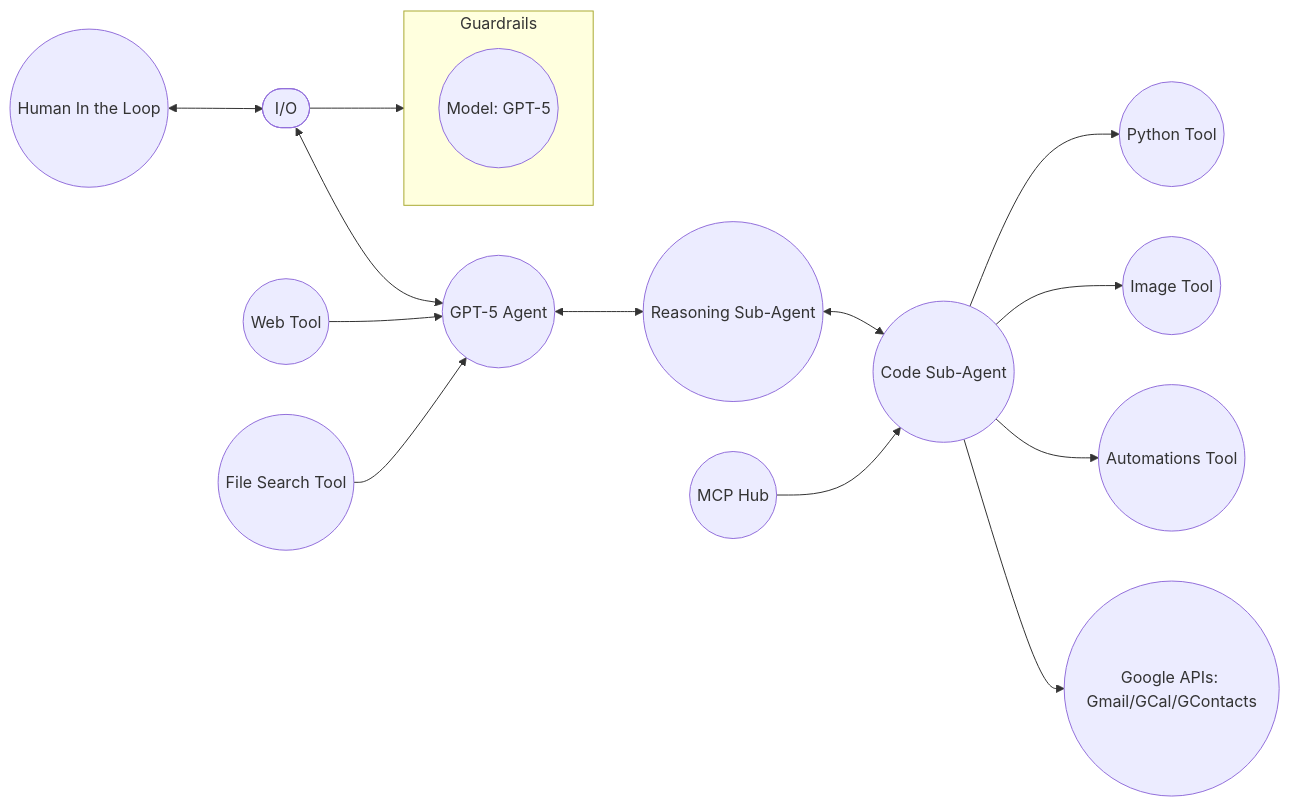
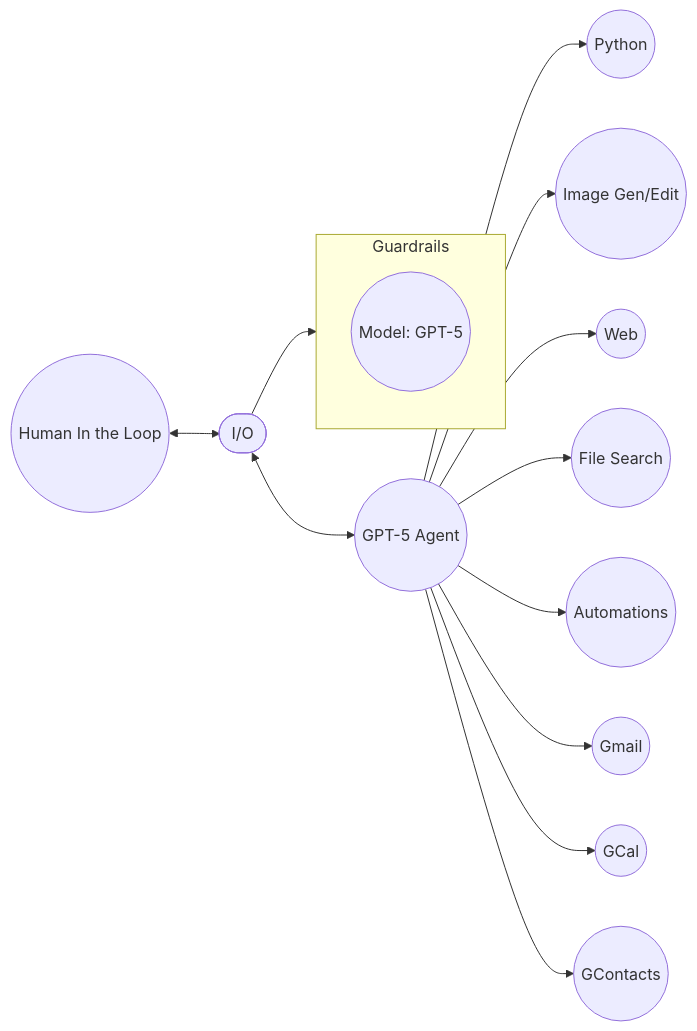
Before and after one commit to Danus365/redteam_playbook: the second of 2 diagrams in docs/ai-red-team-in-practice/modeling.md, drawn with Mermaid. The commit also changed other lines of this file, not shown here.

````diff
--- a/docs/ai-red-team-in-practice/modeling.md
+++ b/docs/ai-red-team-in-practice/modeling.md
@@ -177,40 +133,35 @@
 ```mermaid
 flowchart LR
+  %% Core nodes
   H((Human In the Loop))
   IO([I/O])
   A((GPT-5 Agent))
-  SA1((Reasoning Sub-Agent))
-  SA2((Code Sub-Agent))
-  MCP((MCP Hub))
-
-  %% Tooling
-  T1((Web Tool))
-  T2((File Search Tool))
-  ST1((Python Tool))
-  ST2((Image Tool))
-  ST3((Automations Tool))
-  ST4((Google APIs: Gmail/GCal/GContacts))
+  T1((Python))
+  T2((Image Gen/Edit))
+  T3((Web))
+  T4((File Search))
+  T5((Automations))
+  T6((Gmail))
+  T7((GCal))
+  T8((GContacts))
 
   %% Guardrails + Model
   subgraph Guardrails
     direction TB
     M((Model: GPT-5))
   end
 
   %% Connections
   H <--> IO
   IO <--> A
-  A <--> SA1
-  SA1 <--> SA2
-  MCP --> SA2
+  IO --> M
 
-  T1 --> A
-  T2 --> A
-
-  SA2 --> ST1
-  SA2 --> ST2
-  SA2 --> ST3
-  SA2 --> ST4
-
-  IO --> M
+  A --> T1
+  A --> T2
+  A --> T3
+  A --> T4
+  A --> T5
+  A --> T6
+  A --> T7
+  A --> T8
 ```
````
